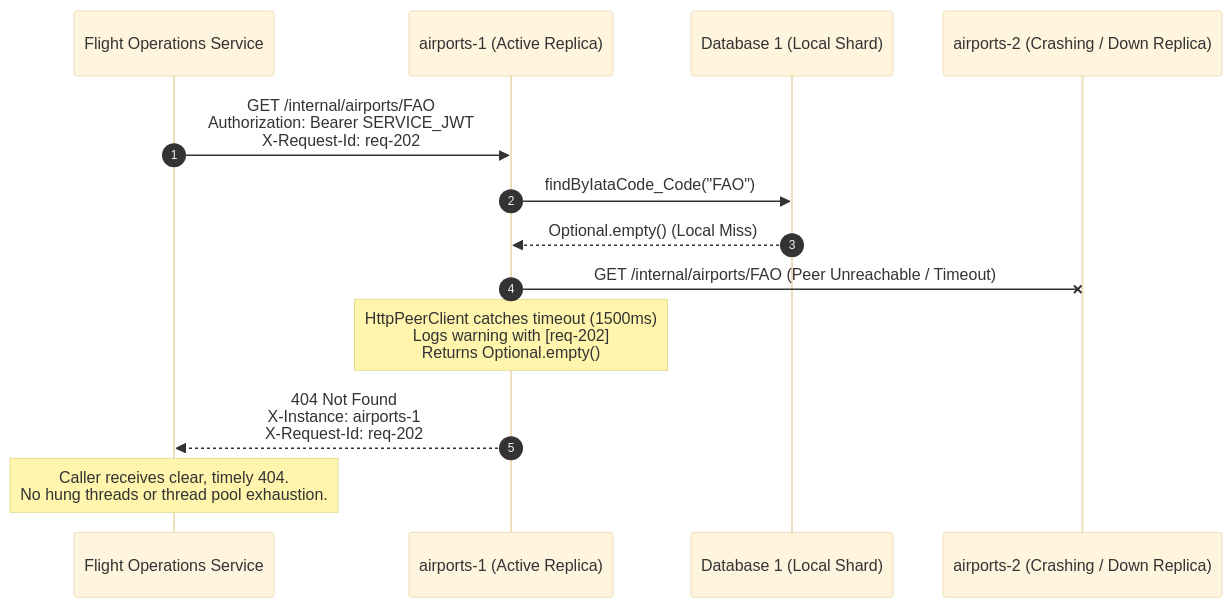
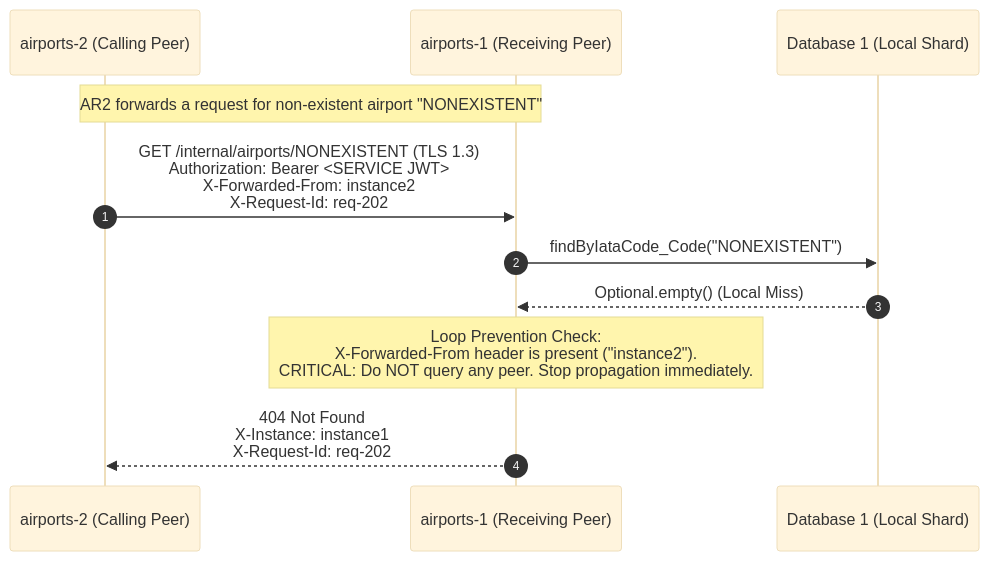
The fourth of 6 diagrams in docs/architecture.md (ImJay1527/airports-routes-service), drawn with Mermaid (base theme) before and after one commit. The commit also changed other lines of this file and 5 other files, not shown here.

Commit message:
docs: align architecture, C4+1 model, and service contracts with peer services

````diff
--- a/docs/architecture.md
+++ b/docs/architecture.md
@@ -213,19 +287,18 @@
 ```mermaid
-%% Sequence Diagram: Fault Tolerance & Peer Unreachability
+%% Sequence Diagram: Loop Prevention
 sequenceDiagram
     autonumber
-    participant FO as Flight Operations Service
-    participant A1 as airports-1 (Active Replica)
+    participant AR2 as airports-2 (Calling Peer)
+    participant AR1 as airports-1 (Receiving Peer)
     participant DB1 as Database 1 (Local Shard)
-    participant A2 as airports-2 (Crashing / Down Replica)
 
-    FO->>A1: GET /internal/airports/FAO<br/>Authorization: Bearer SERVICE_JWT<br/>X-Request-Id: req-202
-    A1->>DB1: findByIataCode_Code("FAO")
-    DB1-->>A1: Optional.empty() (Local Miss)
+    Note over AR2,AR1: AR2 forwards a request for non-existent airport "NONEXISTENT"
+    AR2->>AR1: GET /internal/airports/NONEXISTENT (TLS 1.3)<br/>Authorization: Bearer <SERVICE JWT><br/>X-Forwarded-From: instance2<br/>X-Request-Id: req-202
 
-    A1-xA2: GET /internal/airports/FAO (Peer Unreachable / Timeout)
-    Note over A1: HttpPeerClient catches timeout (1500ms)<br/>Logs warning with [req-202]<br/>Returns Optional.empty()
+    AR1->>DB1: findByIataCode_Code("NONEXISTENT")
+    DB1-->>AR1: Optional.empty() (Local Miss)
 
-    A1-->>FO: 404 Not Found<br/>X-Instance: airports-1<br/>X-Request-Id: req-202
-    Note over FO: Caller receives clear, timely 404.<br/>No hung threads or thread pool exhaustion.
+    Note over AR1: Loop Prevention Check:<br/>X-Forwarded-From header is present ("instance2").<br/>CRITICAL: Do NOT query any peer. Stop propagation immediately.
+
+    AR1-->>AR2: 404 Not Found<br/>X-Instance: instance1<br/>X-Request-Id: req-202
 ```
````
